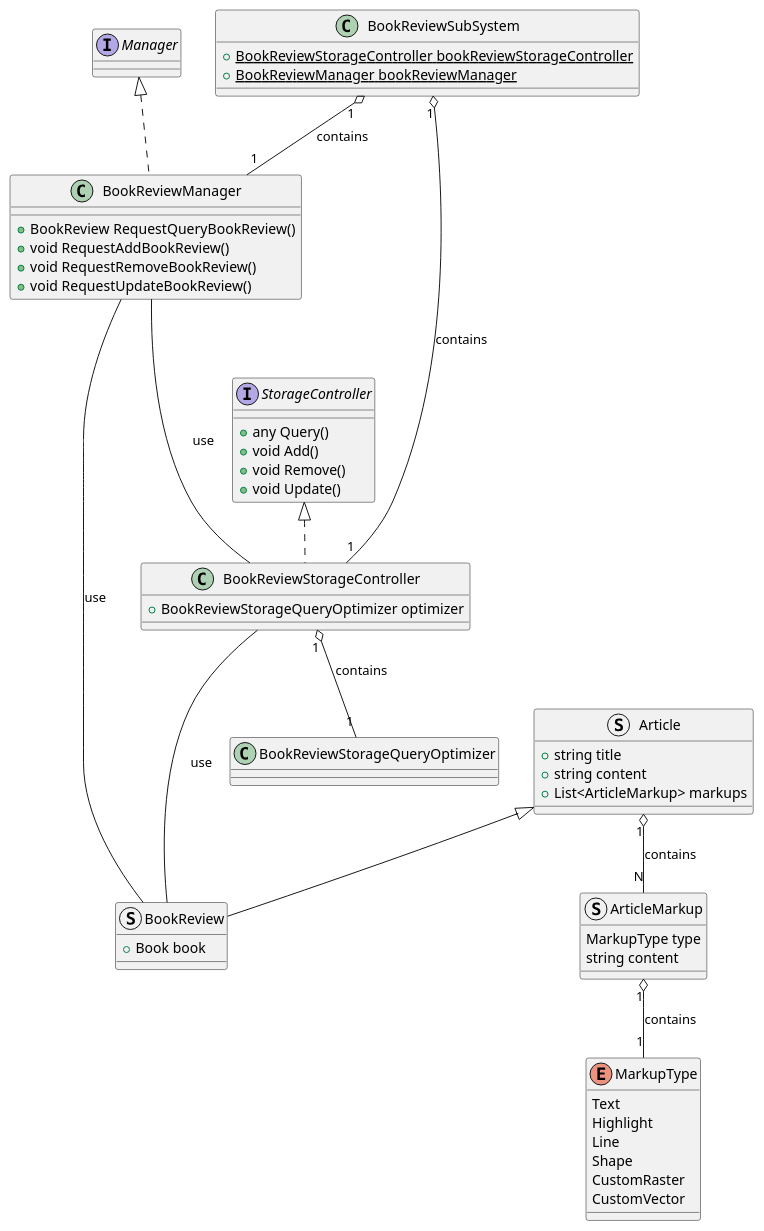
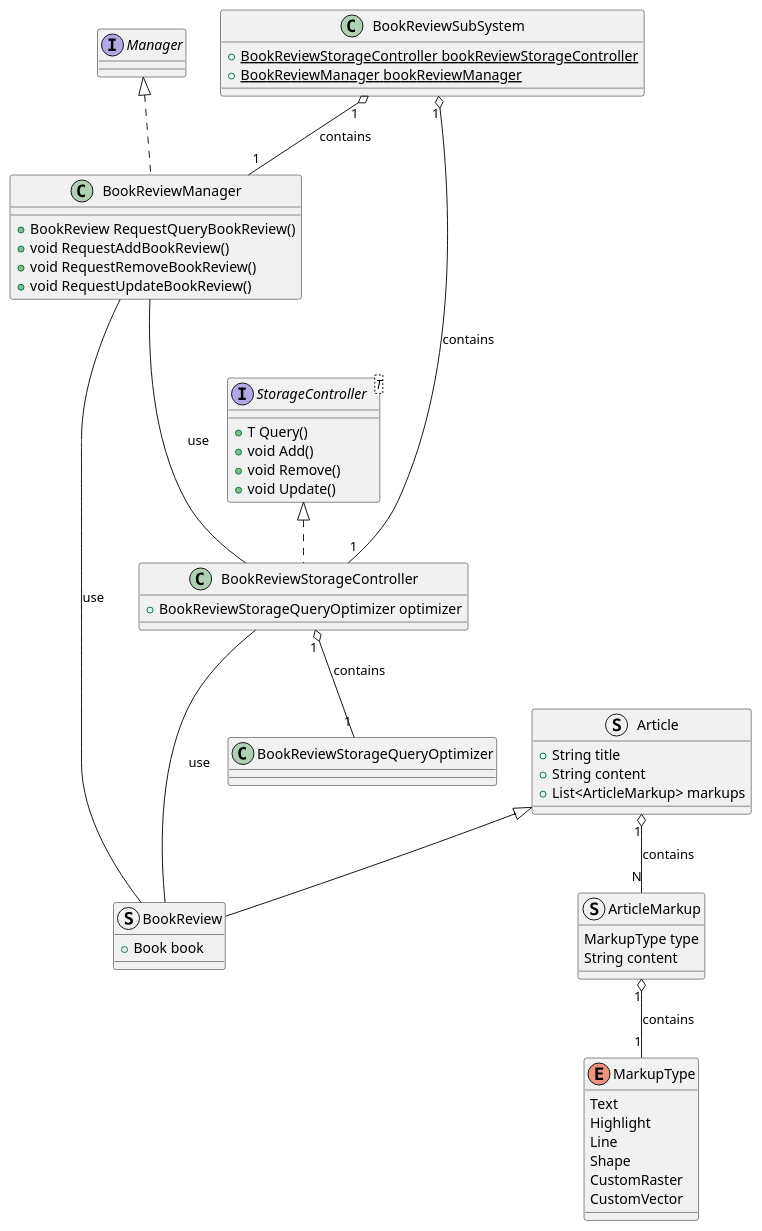
Before and after one commit to ShapeLayer/se-lecture-task__project-structure-definitions: the diagram in src/BookReview.puml, drawn with PlantUML. The commit also changed 19 other files, not shown here.

```diff
--- a/src/BookReview.puml
+++ b/src/BookReview.puml
@@ -1,64 +1,64 @@
 @startuml
 Interface Manager
-Interface StorageController {
-    + any Query()
+Interface StorageController<T> {
+    + T Query()
     + void Add()
     + void Remove()
     + void Update()
 }
 
 enum MarkupType {
     Text
     Highlight
     Line
     Shape
     CustomRaster
     CustomVector
 }
 
 struct ArticleMarkup {
     MarkupType type
-    string content
+    String content
 }
 
 ArticleMarkup "1" o-- "1" MarkupType : contains
 
 struct Article {
-    + string title
-    + string content
+    + String title
+    + String content
     + List<ArticleMarkup> markups
 }
 
 Article "1" o-- "N" ArticleMarkup : contains
 
 struct BookReview extends Article {
     + Book book
 }
 
 class BookReviewManager implements Manager {
     + BookReview RequestQueryBookReview()
     + void RequestAddBookReview()
     + void RequestRemoveBookReview()
     + void RequestUpdateBookReview()
 }
 
 BookReviewManager --- BookReview : use
 BookReviewManager --- BookReviewStorageController : use
 
 class BookReviewStorageQueryOptimizer {}
 class BookReviewStorageController implements StorageController {
     + BookReviewStorageQueryOptimizer optimizer
 }
 BookReviewStorageController "1" o-- "1" BookReviewStorageQueryOptimizer : contains
 
 BookReviewStorageController --- BookReview : use
 
 ' BookReview SubSystem
 
 class BookReviewSubSystem {
     + {static} BookReviewStorageController bookReviewStorageController
     + {static} BookReviewManager bookReviewManager
 }
 BookReviewSubSystem "1" o-- "1" BookReviewStorageController : contains
 BookReviewSubSystem "1" o-- "1" BookReviewManager : contains
 @enduml
```
